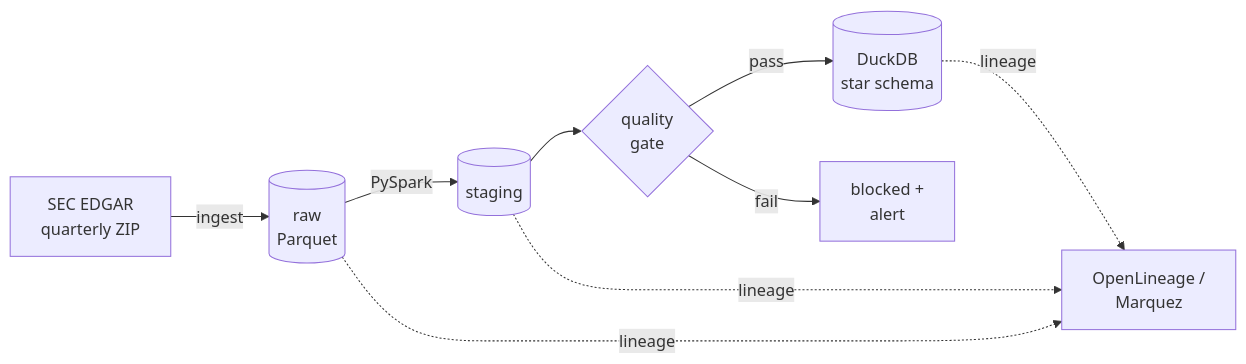
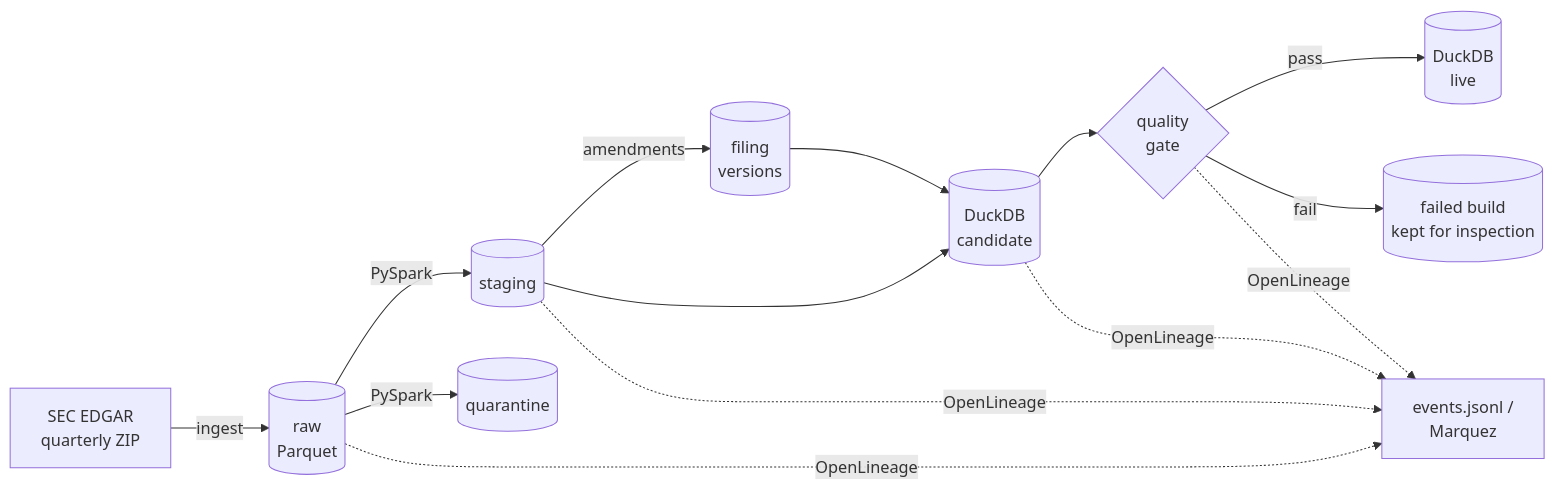
Before and after one commit to EST320/governed-data-platform: the diagram in README.md, drawn with Mermaid. The commit also changed other lines of this file and 5 other files, not shown here.

Commit message:
Emit OpenLineage events with column-level lineage; add end-to-end pipeline

````diff
--- a/README.md
+++ b/README.md
@@ -43,11 +43,13 @@
 ```mermaid
 flowchart LR
     A[SEC EDGAR<br/>quarterly ZIP] -->|ingest| B[(raw<br/>Parquet)]
     B -->|PySpark| C[(staging)]
-    C --> D{quality<br/>gate}
-    D -->|pass| E[(DuckDB<br/>star schema)]
-    D -->|fail| F[blocked +<br/>alert]
-    B -.lineage.-> L[OpenLineage /<br/>Marquez]
-    C -.lineage.-> L
-    E -.lineage.-> L
+    B -->|PySpark| Q[(quarantine)]
+    C -->|amendments| V[(filing<br/>versions)]
+    C --> W[(DuckDB<br/>candidate)]
+    V --> W
+    W --> G{quality<br/>gate}
+    G -->|pass| P[(DuckDB<br/>live)]
+    G -->|fail| F[(failed build<br/>kept for inspection)]
+    B & C & W & G -.OpenLineage.-> L[events.jsonl /<br/>Marquez]
 ```
````
